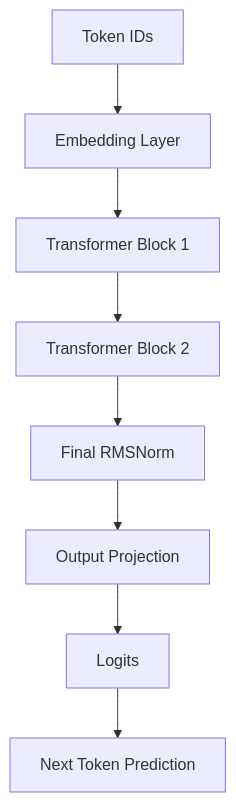
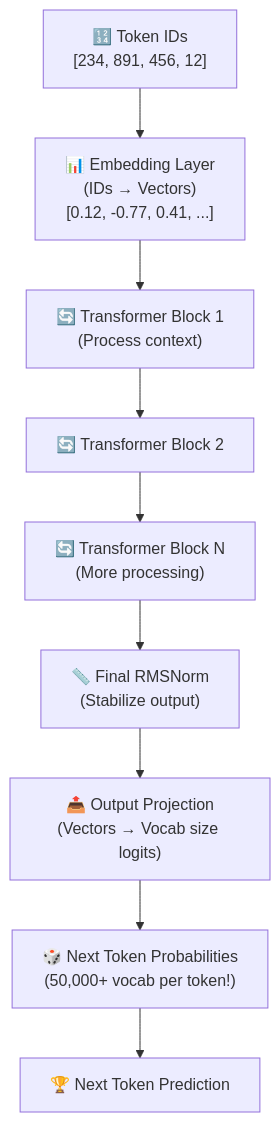
One commit to Sameer-Malik20/SusaGPT-Build-LLM-From-Scratch-With-Hinglish-Learning-Material changed the fourth of 24 diagrams in docs/susagpt/SusaGPT_Diagram_Guide.md. Above: the diagram before and after it, drawn with Mermaid. The commit also changed other lines of this file and 10 other files, not shown here.

````diff
--- a/docs/susagpt/SusaGPT_Diagram_Guide.md
+++ b/docs/susagpt/SusaGPT_Diagram_Guide.md
@@ -100,10 +201,11 @@
 ```mermaid
 flowchart TD
-    A[Token IDs] --> B[Embedding Layer]
-    B --> C[Transformer Block 1]
-    C --> D[Transformer Block 2]
-    D --> E[Final RMSNorm]
-    E --> F[Output Projection]
-    F --> G[Logits]
-    G --> H[Next Token Prediction]
+    A["🔢 Token IDs\n[234, 891, 456, 12]"] --> B["📊 Embedding Layer\n(IDs → Vectors)\n[0.12, -0.77, 0.41, ...]"]
+    B --> C["🔄 Transformer Block 1\n(Process context)"]
+    C --> D["🔄 Transformer Block 2"]
+    D --> E["🔄 Transformer Block N\n(More processing)"]
+    E --> F["📏 Final RMSNorm\n(Stabilize output)"]
+    F --> G["📤 Output Projection\n(Vectors → Vocab size logits)"]
+    G --> H["🎲 Next Token Probabilities\n(50,000+ vocab per token!)"]
+    H --> I["🏆 Next Token Prediction"]
 ```
````
